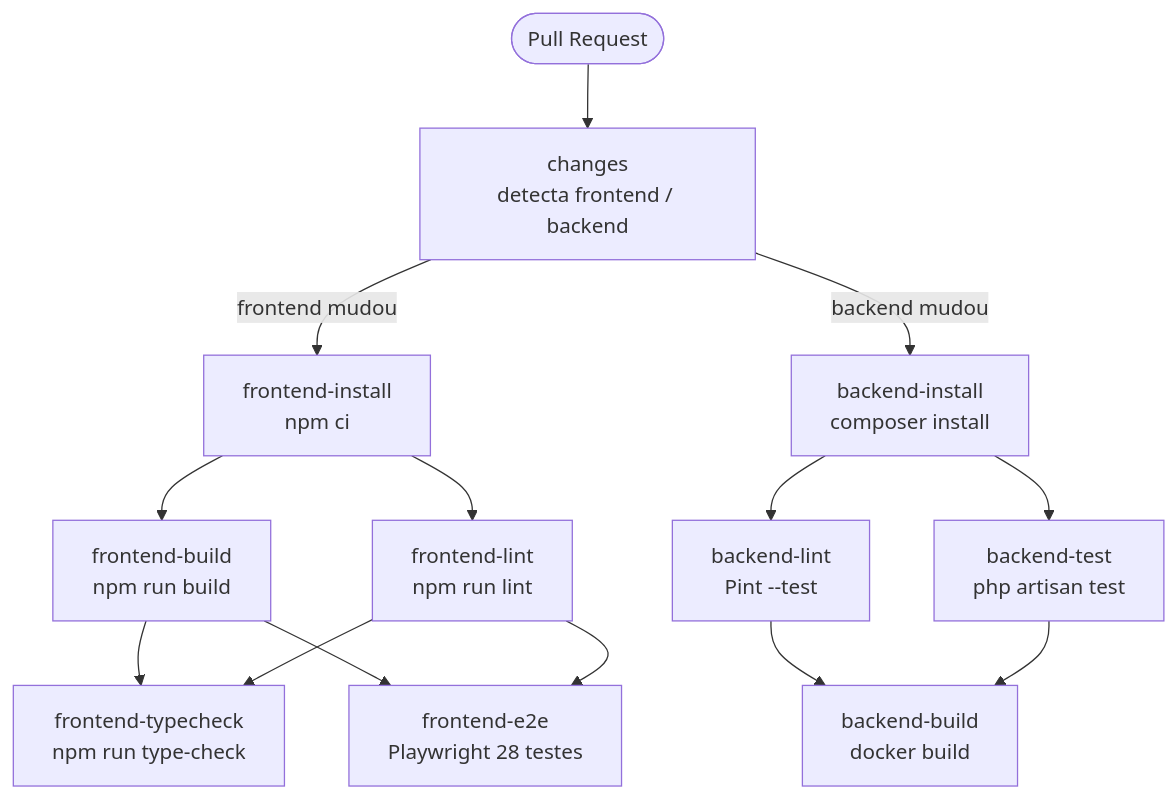
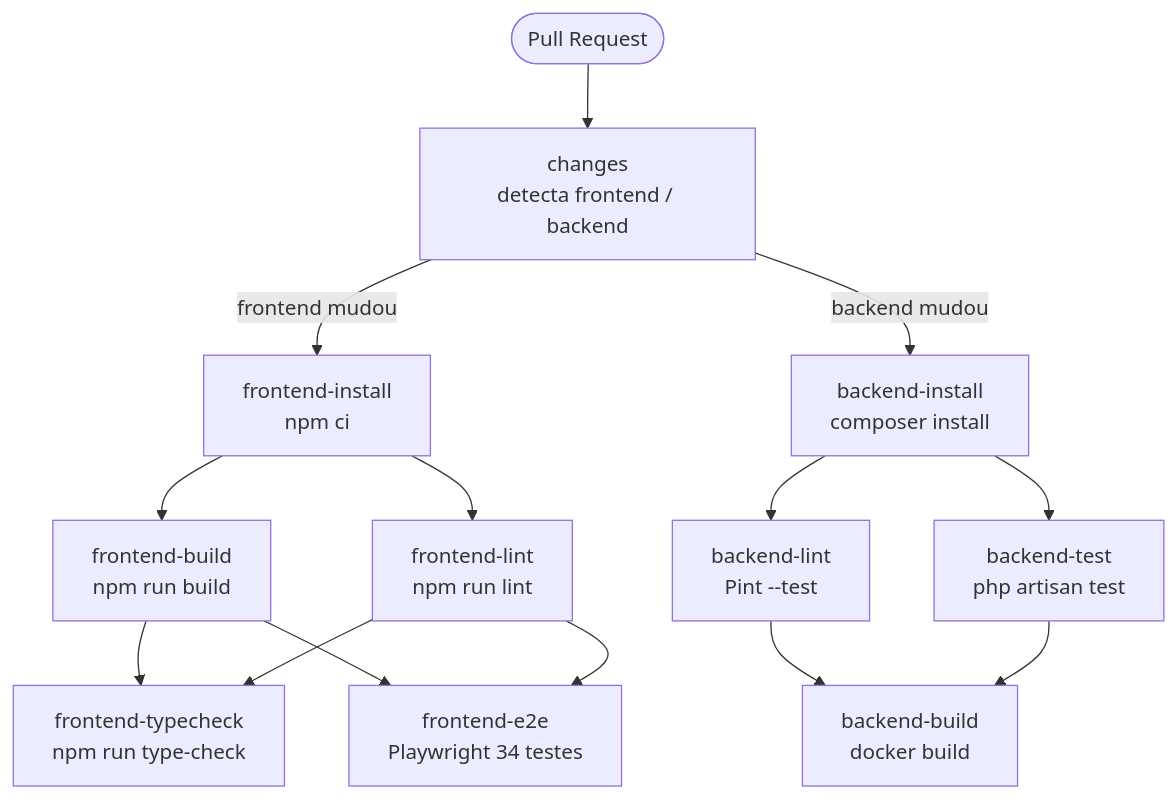
Before and after one commit to jonmferreira/desafio-php: the second of 4 diagrams in README.md, drawn with Mermaid. The commit also changed other lines of this file, not shown here.

First line of the commit message:
docs(readme): atualiza para modelo v2 (lotes/fardos) com diagramas Mermaid

````diff
--- a/README.md
+++ b/README.md
@@ -156,21 +234,21 @@
 ```mermaid
 flowchart TD
     PR([Pull Request]) --> changes[changes\ndetecta frontend / backend]
 
     changes -->|frontend mudou| FI[frontend-install\nnpm ci]
     changes -->|backend mudou| BI[backend-install\ncomposer install]
 
     FI --> FB[frontend-build\nnpm run build]
     FI --> FL[frontend-lint\nnpm run lint]
 
     FB --> FT[frontend-typecheck\nnpm run type-check]
-    FB --> FE[frontend-e2e\nPlaywright 28 testes]
+    FB --> FE[frontend-e2e\nPlaywright 34 testes]
     FL --> FT
     FL --> FE
 
     BI --> BL[backend-lint\nPint --test]
     BI --> BT[backend-test\nphp artisan test]
 
     BL --> BB[backend-build\ndocker build]
     BT --> BB
 ```
````
